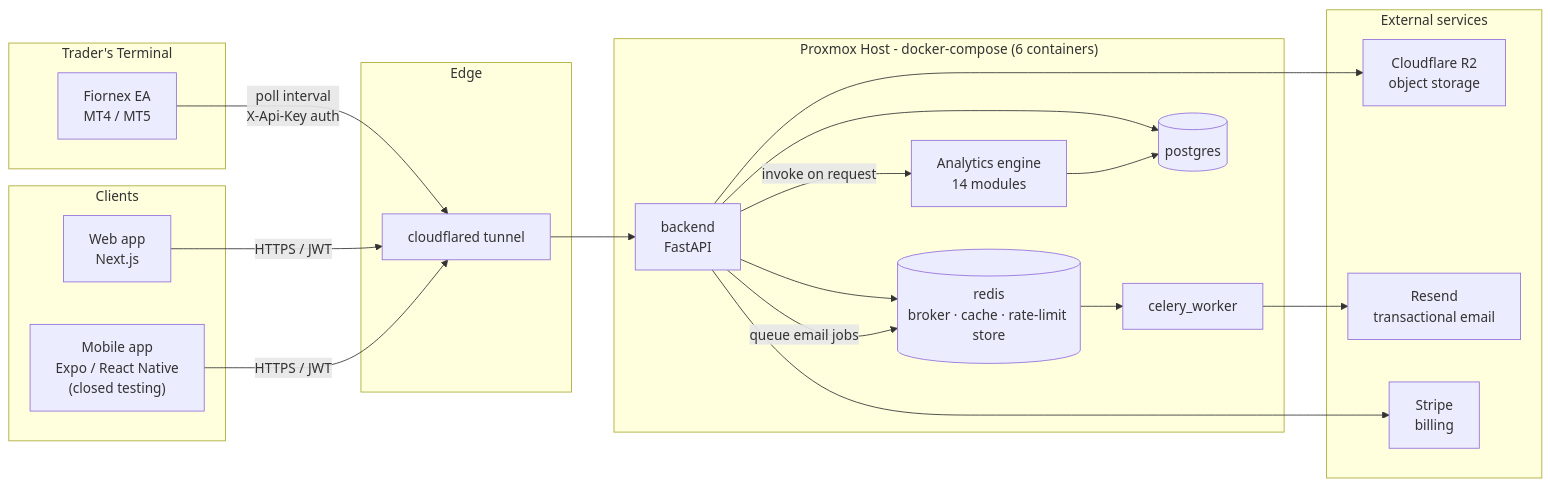
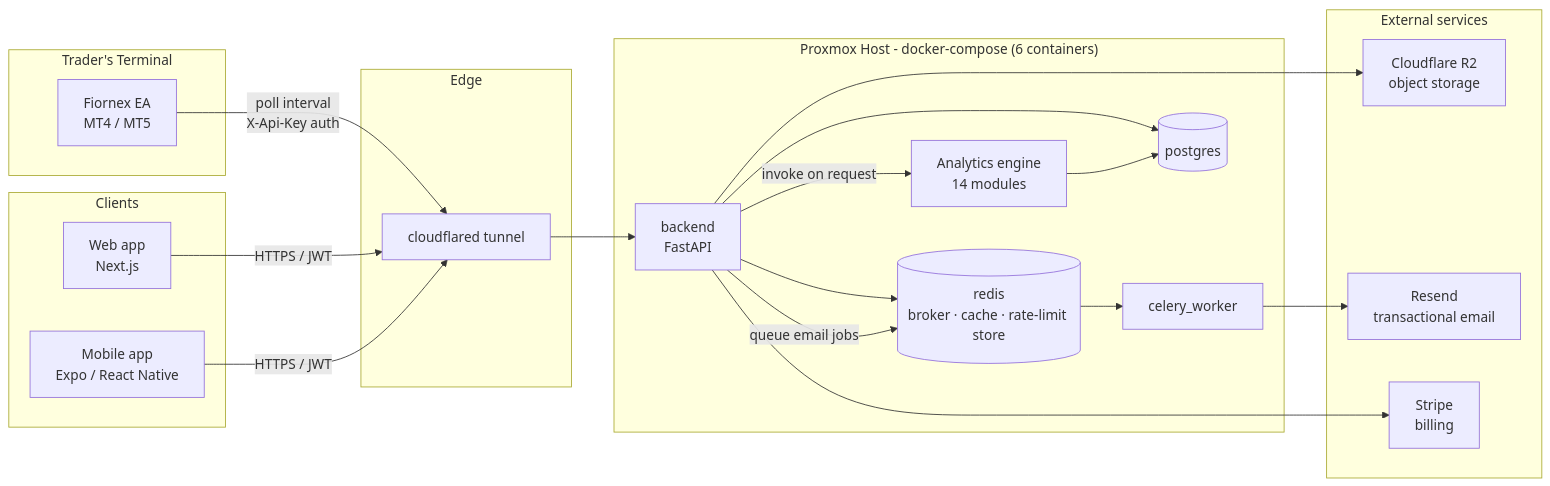
One commit to cerealkode/F10rnex-Showcase changed the first of 3 diagrams in README.md. Above: the diagram before and after it, drawn with Mermaid. The commit also changed other lines of this file, not shown here.

````diff
--- a/README.md
+++ b/README.md
@@ -45,45 +50,45 @@
 ```mermaid
 flowchart LR
     subgraph clients["Clients"]
         WEB["Web app<br/>Next.js"]
-        MOBILE["Mobile app<br/>Expo / React Native<br/>(closed testing)"]
+        MOBILE["Mobile app<br/>Expo / React Native<br/>"]
     end
  
     subgraph trader["Trader's Terminal"]
         EA["Fiornex EA<br/>MT4 / MT5"]
     end
  
     subgraph edge["Edge"]
         CF["cloudflared tunnel"]
     end
  
     subgraph server["Proxmox Host - docker-compose (6 containers)"]
         API["backend<br/>FastAPI"]
         WORKER["celery_worker"]
         REDIS[("redis<br/>broker · cache · rate-limit store")]
         DB[("postgres")]
         ENGINE["Analytics engine<br/>14 modules"]
     end
  
     subgraph external["External services"]
         R2["Cloudflare R2<br/>object storage"]
         RESEND["Resend<br/>transactional email"]
         STRIPE["Stripe<br/>billing"]
     end
  
     EA -->|"poll interval<br/>X-Api-Key auth"| CF
     WEB -->|HTTPS / JWT| CF
     MOBILE -->|HTTPS / JWT| CF
     CF --> API
  
     API --> DB
     API --> REDIS
     API -->|invoke on request| ENGINE
     ENGINE --> DB
     API -->|queue email jobs| REDIS
     REDIS --> WORKER
     WORKER --> RESEND
  
     API --> R2
     API --> STRIPE
 ```
````
